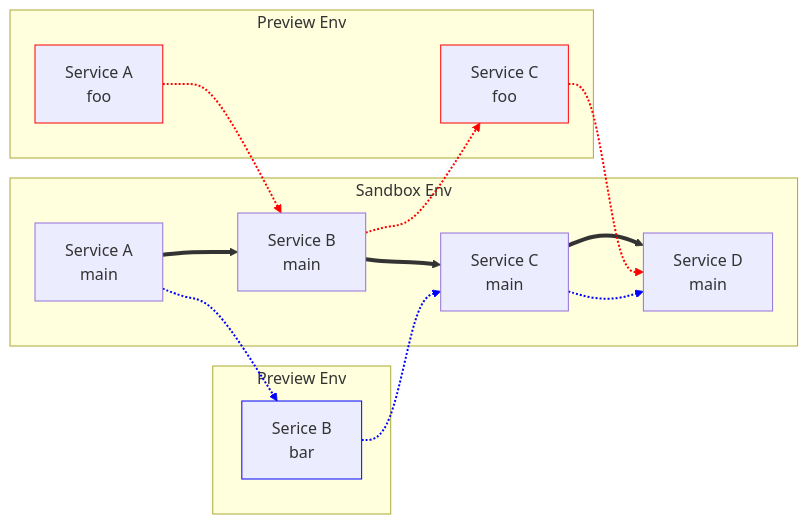
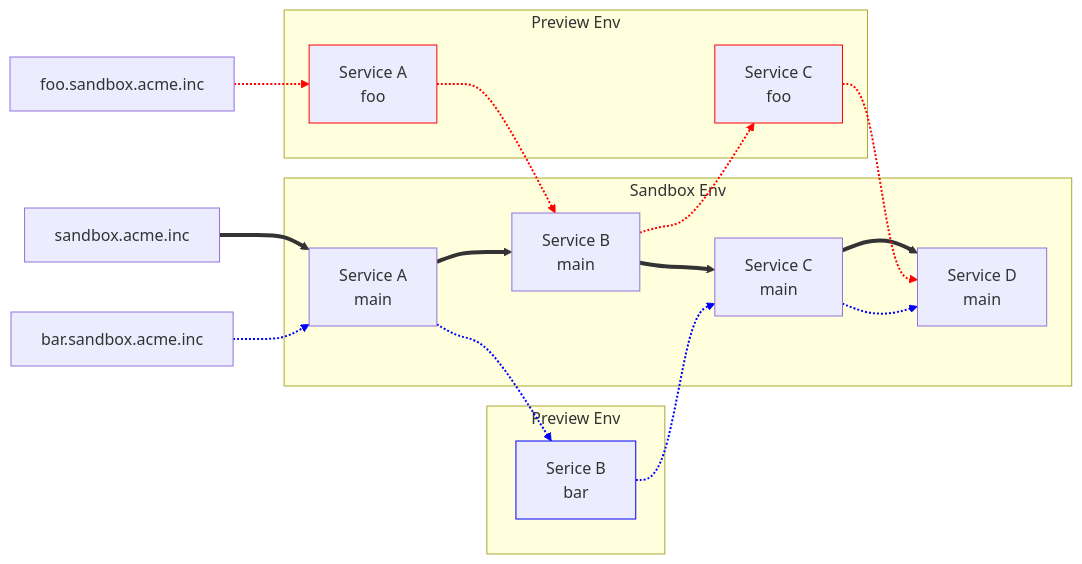
One commit to gitops-ci-cd/.github changed the first of 3 diagrams in profile/README.md. Above: the diagram before and after it, drawn with Mermaid.

````diff
--- a/profile/README.md
+++ b/profile/README.md
@@ -64,40 +64,48 @@
     ```mermaid
     flowchart LR
+        url_foo[foo.sandbox.acme.inc]
+        url_bar[bar.sandbox.acme.inc]
+        url_sandbox[sandbox.acme.inc]
+
+        url_sandbox --> a
+
         subgraph main[Sandbox Env]
             a[Service A
                 main]
             b[Service B
                 main]
             c[Service C
                 main]
             d[Service D
                 main]
 
             a --> b --> c --> d
         end
 
+        url_foo -.-> a_foo
+
         subgraph foo[Preview Env]
             a_foo[Service A
                 foo]:::foo
             c_foo[Service C
                 foo]:::foo
 
             a_foo -.-> b -.-> c_foo -.-> d
+        end
 
-
-        end
+        url_bar -.-> a
 
         subgraph bar[Preview Env]
             b_bar[Serice B
                 bar]:::bar
 
             a -.-> b_bar -.-> c -.-> d
         end
 
-        classDef foo stroke:red
-        classDef bar stroke:blue
+        classDef foo stroke:red;
+        classDef bar stroke:blue;
 
-        linkStyle 0,1,2 stroke-width:4px;
-        linkStyle 3,4,5 stroke-width:2px,stroke:red;
-        linkStyle 6,7,8 stroke-width:2px,stroke:blue;
+        linkStyle 0,1,2,3 stroke-width:4px;
+        linkStyle 4,5,6,7 stroke-width:2px,stroke:red;
+        linkStyle 8,9,10,11 stroke-width:2px,stroke:blue;
     ```
````
